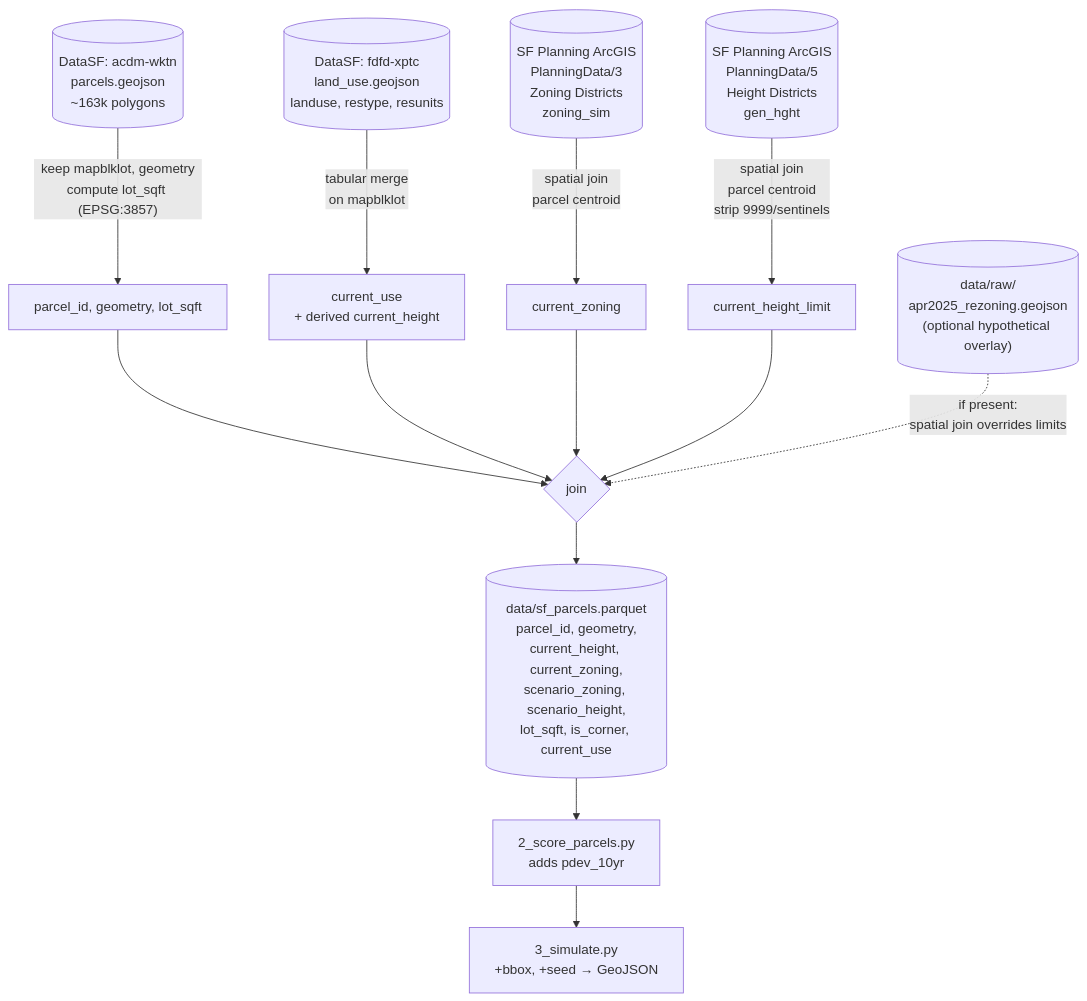
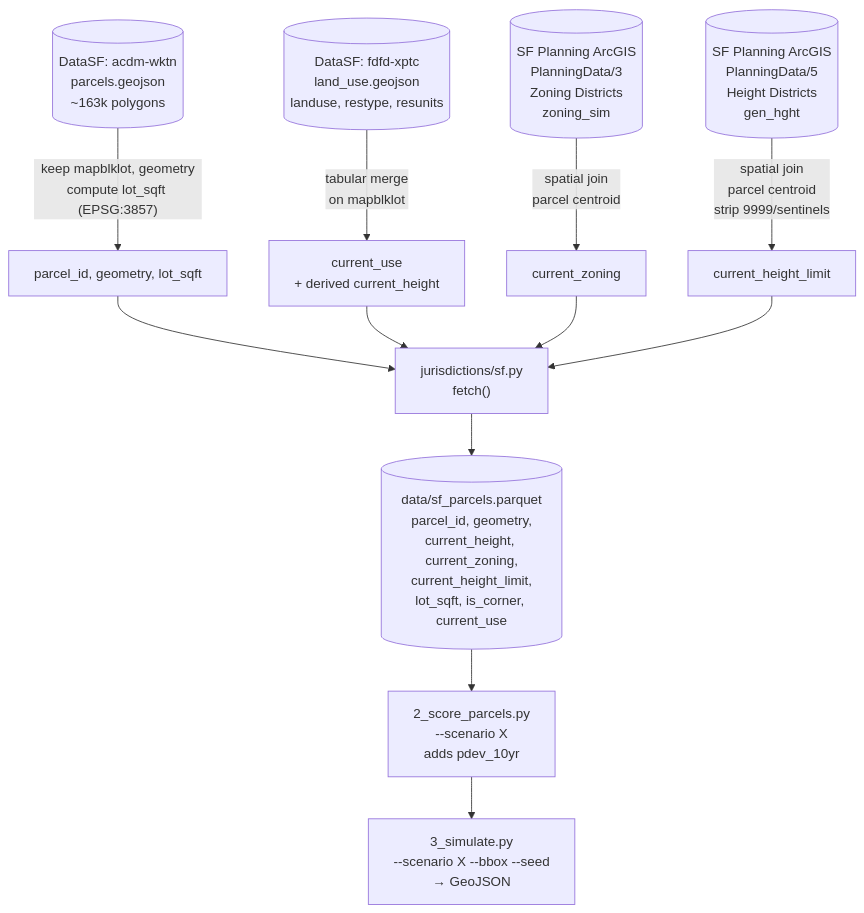
Before and after one commit to kfarr/zoningviz: the diagram in HOW_IT_WORKS.md, drawn with Mermaid. The commit also changed other lines of this file and 9 other files, not shown here.

````diff
--- a/HOW_IT_WORKS.md
+++ b/HOW_IT_WORKS.md
@@ -35,25 +35,22 @@
 ```mermaid
 flowchart TD
     A[("DataSF: acdm-wktn<br/>parcels.geojson<br/>~163k polygons")]
     B[("DataSF: fdfd-xptc<br/>land_use.geojson<br/>landuse, restype, resunits")]
     C[("SF Planning ArcGIS<br/>PlanningData/3<br/>Zoning Districts<br/>zoning_sim")]
     D[("SF Planning ArcGIS<br/>PlanningData/5<br/>Height Districts<br/>gen_hght")]
 
     A -->|"keep mapblklot, geometry<br/>compute lot_sqft (EPSG:3857)"| P1[parcel_id, geometry, lot_sqft]
     B -->|"tabular merge<br/>on mapblklot"| P2[current_use<br/>+ derived current_height]
     C -->|"spatial join<br/>parcel centroid"| P3[current_zoning]
     D -->|"spatial join<br/>parcel centroid<br/>strip 9999/sentinels"| P4[current_height_limit]
 
-    P1 --> M{join}
-    P2 --> M
-    P3 --> M
-    P4 --> M
+    P1 --> J["jurisdictions/sf.py<br/>fetch()"]
+    P2 --> J
+    P3 --> J
+    P4 --> J
 
-    R[("data/raw/<br/>apr2025_rezoning.geojson<br/>(optional hypothetical overlay)")]
-    R -.->|"if present:<br/>spatial join overrides limits"| M
+    J --> O[("data/sf_parcels.parquet<br/>parcel_id, geometry,<br/>current_height, current_zoning,<br/>current_height_limit,<br/>lot_sqft, is_corner, current_use")]
 
-    M --> O[("data/sf_parcels.parquet<br/>parcel_id, geometry,<br/>current_height, current_zoning,<br/>scenario_zoning, scenario_height,<br/>lot_sqft, is_corner, current_use")]
-
-    O --> S2["2_score_parcels.py<br/>adds pdev_10yr"]
-    S2 --> S3["3_simulate.py<br/>+bbox, +seed → GeoJSON"]
+    O --> S2["2_score_parcels.py<br/>--scenario X<br/>adds pdev_10yr"]
+    S2 --> S3["3_simulate.py<br/>--scenario X --bbox --seed<br/>→ GeoJSON"]
 ```
````
